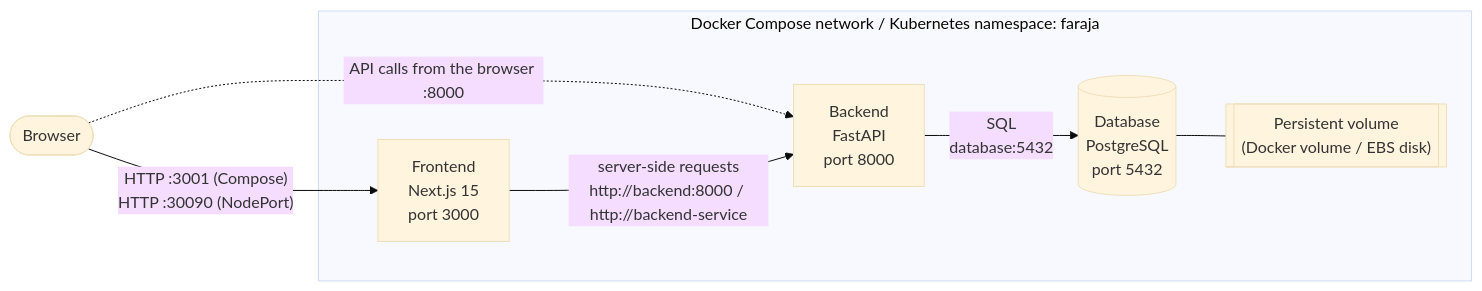
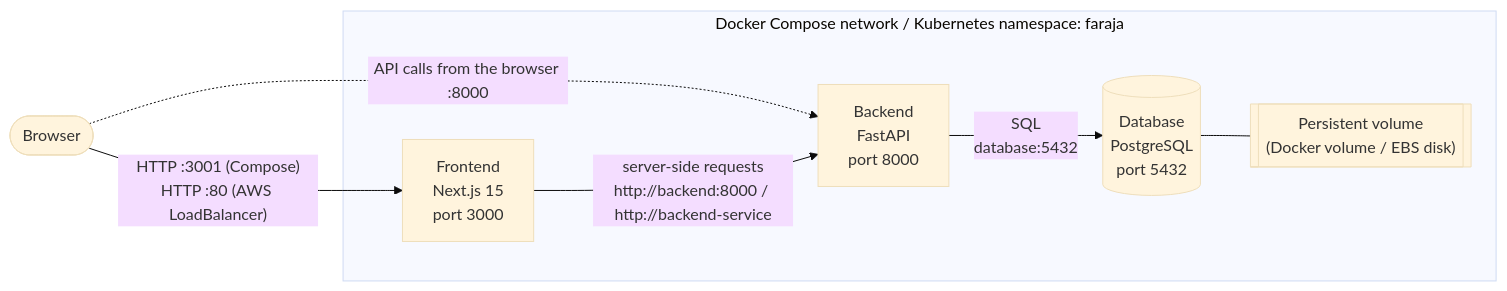
The diagram in README.md (KenanRicky/faraja), drawn with Mermaid (base theme) before and after one commit. The commit also changed other lines of this file and 3 other files, not shown here.

````diff
--- a/README.md
+++ b/README.md
@@ -31,17 +31,17 @@
 ```mermaid
 flowchart LR
     user([Browser])
 
     subgraph Cluster["Docker Compose network / Kubernetes namespace: faraja"]
         fe["Frontend<br/>Next.js 15<br/>port 3000"]
         be["Backend<br/>FastAPI<br/>port 8000"]
         db[("Database<br/>PostgreSQL<br/>port 5432")]
         vol[["Persistent volume<br/>(Docker volume / EBS disk)"]]
     end
 
-    user -- "HTTP :3001 (Compose)<br/>HTTP :30090 (NodePort)" --> fe
+    user -- "HTTP :3001 (Compose)<br/>HTTP :80 (AWS LoadBalancer)" --> fe
     user -. "API calls from the browser :8000" .-> be
     fe -- "server-side requests<br/>http://backend:8000 / http://backend-service" --> be
     be -- "SQL<br/>database:5432" --> db
     db --- vol
 ```
````
